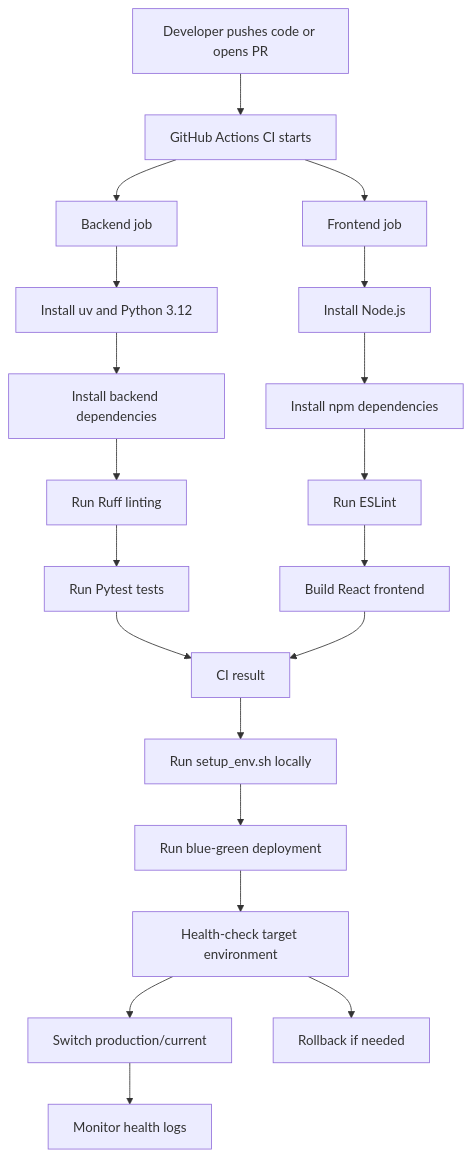
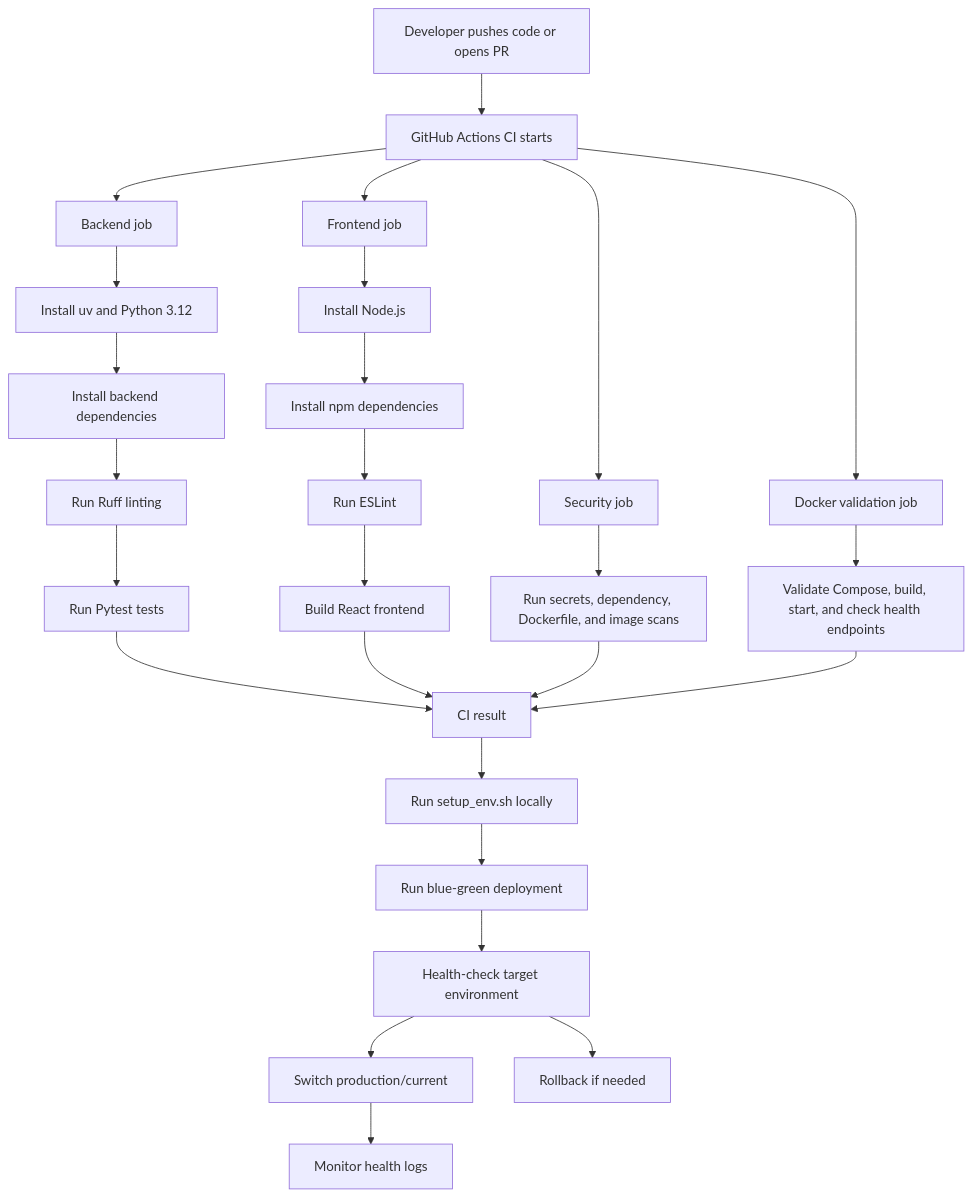
Before and after one commit to Ak1ra777/devops-final-project: the diagram in README.md, drawn with Mermaid. The commit also changed other lines of this file and 5 other files, not shown here.

Commit message:
ci: add security scans and docker validation

````diff
--- a/README.md
+++ b/README.md
@@ -314,28 +322,34 @@
 ```mermaid
 flowchart TD
     A[Developer pushes code or opens PR] --> B[GitHub Actions CI starts]
 
     B --> C[Backend job]
     B --> D[Frontend job]
+    B --> S[Security job]
+    B --> V[Docker validation job]
 
     C --> C1[Install uv and Python 3.12]
     C1 --> C2[Install backend dependencies]
     C2 --> C3[Run Ruff linting]
     C3 --> C4[Run Pytest tests]
 
     D --> D1[Install Node.js]
     D1 --> D2[Install npm dependencies]
     D2 --> D3[Run ESLint]
     D3 --> D4[Build React frontend]
 
     C4 --> E[CI result]
     D4 --> E
+    S --> S1[Run secrets, dependency, Dockerfile, and image scans]
+    S1 --> E
+    V --> V1[Validate Compose, build, start, and check health endpoints]
+    V1 --> E
 
     E --> F[Run setup_env.sh locally]
     F --> G[Run blue-green deployment]
     G --> H[Health-check target environment]
     H --> I[Switch production/current]
     I --> J[Monitor health logs]
 
     H --> K[Rollback if needed]
 ```
````
